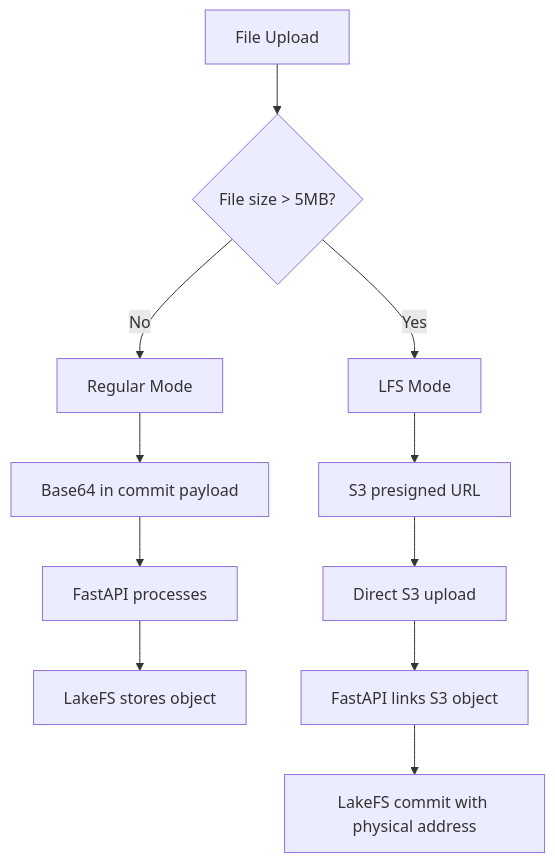
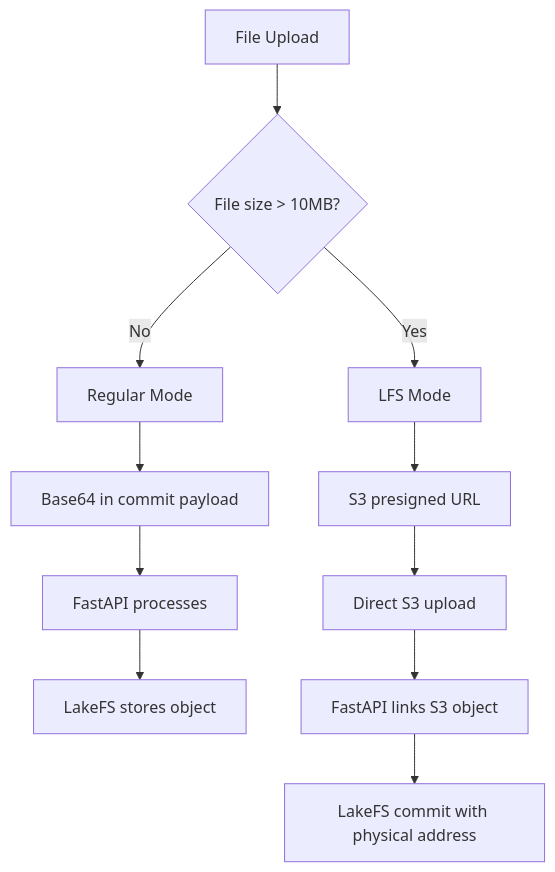
Before and after one commit to theblackcat102/KohakuHub: the second of 5 diagrams in docs/API.md, drawn with Mermaid. The commit also changed other lines of this file and 8 other files, not shown here.

````diff
--- a/docs/API.md
+++ b/docs/API.md
@@ -43,14 +42,13 @@
 ```mermaid
 graph TD
-    Start[File Upload] --> Check{File size > 5MB?}
+    Start[File Upload] --> Check{File size > 10MB?}
     Check -->|No| Regular[Regular Mode]
     Check -->|Yes| LFS[LFS Mode]
     Regular --> Base64[Base64 in commit payload]
     LFS --> Presigned[S3 presigned URL]
     Base64 --> FastAPI[FastAPI processes]
     Presigned --> Direct[Direct S3 upload]
     FastAPI --> LakeFS1[LakeFS stores object]
     Direct --> Link[FastAPI links S3 object]
     Link --> LakeFS2[LakeFS commit with physical address]
-
 ```
````
